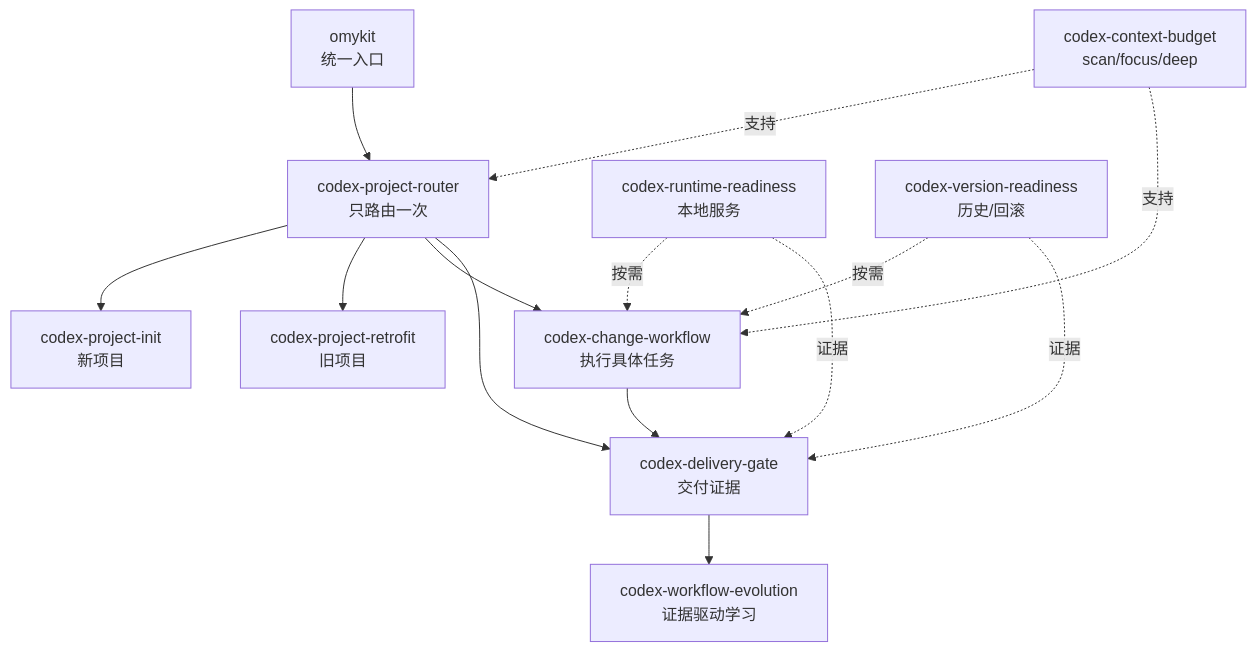
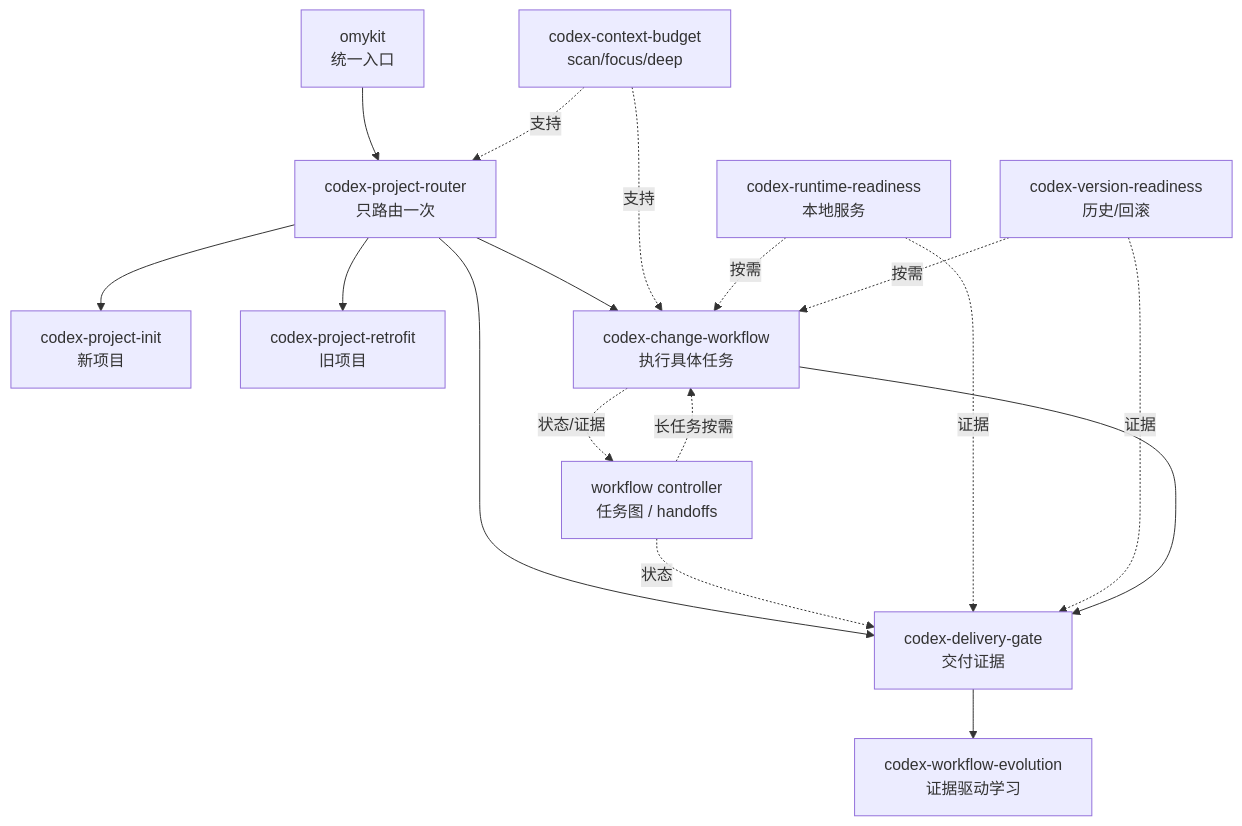
One commit to GnosiST/omyKit changed the diagram in docs/workflow/skill-coordination.zh-CN.md. Above: the diagram before and after it, drawn with Mermaid. The commit also changed other lines of this file and 39 other files, not shown here.

Commit message:
Add workflow controller

````diff
--- a/docs/workflow/skill-coordination.zh-CN.md
+++ b/docs/workflow/skill-coordination.zh-CN.md
@@ -17,16 +17,19 @@
 ```mermaid
 flowchart TD
     O["omykit<br/>统一入口"] --> R["codex-project-router<br/>只路由一次"]
     R --> I["codex-project-init<br/>新项目"]
     R --> F["codex-project-retrofit<br/>旧项目"]
     R --> C["codex-change-workflow<br/>执行具体任务"]
     R --> D["codex-delivery-gate<br/>交付证据"]
     B["codex-context-budget<br/>scan/focus/deep"] -. 支持 .-> R
     B -. 支持 .-> C
     U["codex-runtime-readiness<br/>本地服务"] -. 按需 .-> C
     V["codex-version-readiness<br/>历史/回滚"] -. 按需 .-> C
+    K["workflow controller<br/>任务图 / handoffs"] -. 长任务按需 .-> C
+    C -. 状态/证据 .-> K
+    K -. 状态 .-> D
     U -. 证据 .-> D
     V -. 证据 .-> D
     C --> D
     D --> E["codex-workflow-evolution<br/>证据驱动学习"]
 ```
````
